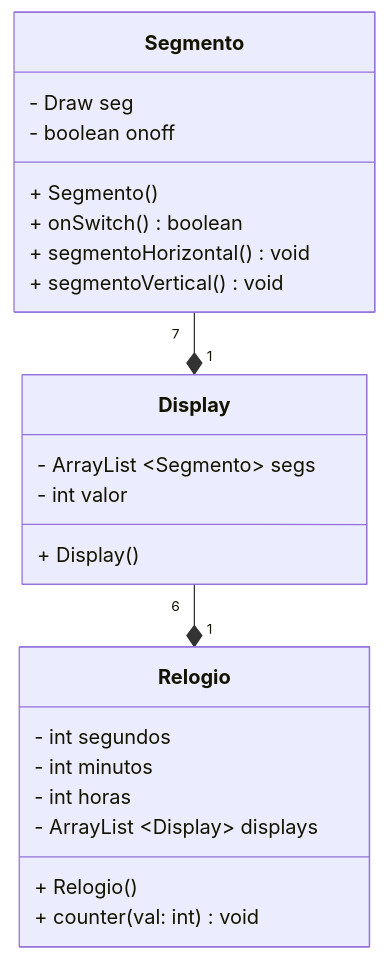
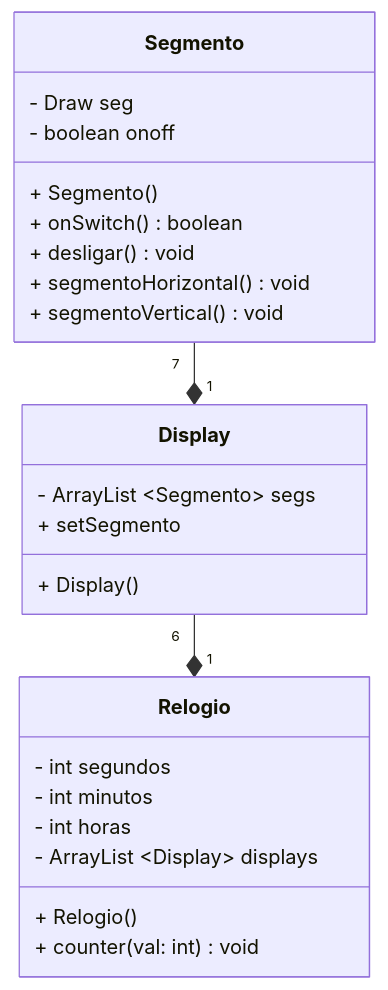
The diagram in lab-05/ex1/app/src/main/java/engtelecom/poo/README.md (Aluno55/POO), drawn with Mermaid before and after one commit. The commit also changed 2 other files, not shown here.

Commit message:
segmento no display

````diff
--- a/lab-05/ex1/app/src/main/java/engtelecom/poo/README.md
+++ b/lab-05/ex1/app/src/main/java/engtelecom/poo/README.md
@@ -1,26 +1,27 @@
 ```mermaid
 classDiagram
     class Relogio{
         + Relogio ()
         + counter (val: int) void 
         - int segundos
         - int minutos
         - int horas
         - ArrayList ~Display~ displays
     }
     class Display{
         + Display ()
         - ArrayList ~Segmento~ segs
-        - int valor
+        + setSegmento 
     }
     class Segmento{
         - Draw seg
         - boolean onoff
         + Segmento ()
         + onSwitch () boolean
+        + desligar () void
         + segmentoHorizontal () void
         + segmentoVertical () void
     }
     Display "6"--*"1" Relogio
     Segmento "7"--*"1" Display
 ```
````
